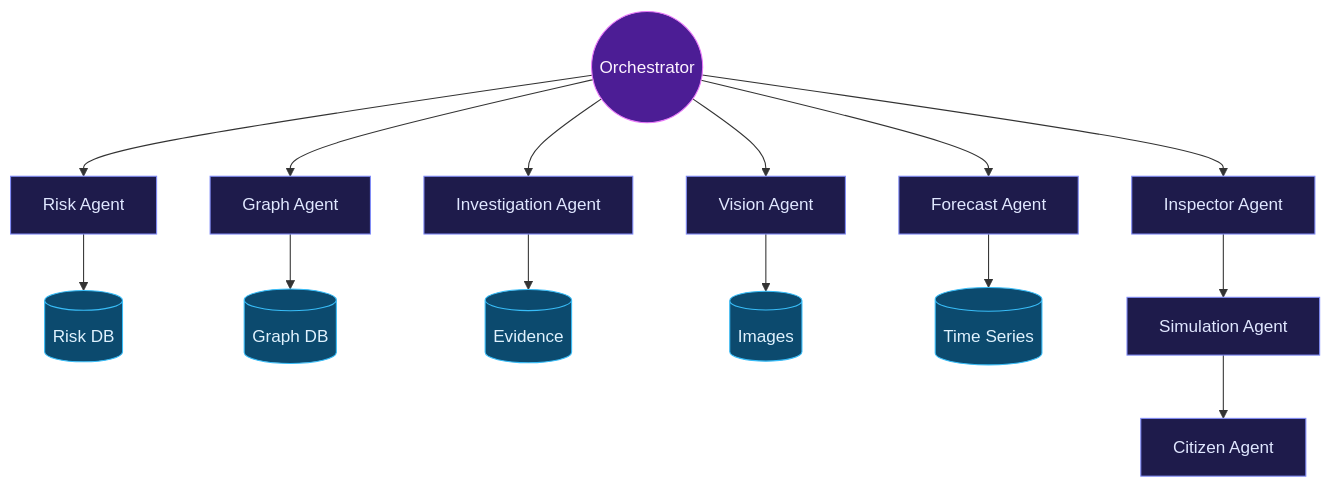
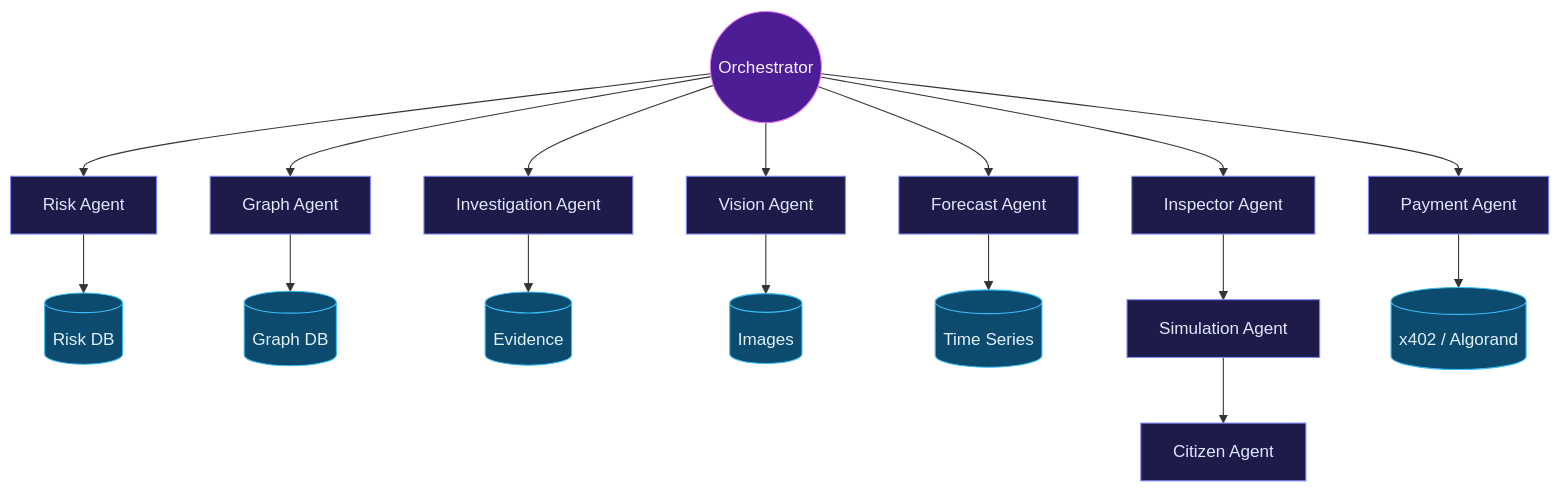
One commit to codeejb/Foodguard changed diagram 11 of 16 in README.md. Above: the diagram before and after it, drawn with Mermaid. The commit also changed other lines of this file, not shown here.

First line of the commit message:
Enhance README with payment and Algorand details

````diff
--- a/README.md
+++ b/README.md
@@ -325,17 +336,18 @@
 ```mermaid
 flowchart TD
     O(("Orchestrator"))
     O --> RA[Risk Agent] --> RDB[(Risk DB)]
     O --> GA[Graph Agent] --> GDB[(Graph DB)]
     O --> IA[Investigation Agent] --> EV[(Evidence)]
     O --> VA[Vision Agent] --> IMG[(Images)]
     O --> FA[Forecast Agent] --> TS[(Time Series)]
     O --> InsA[Inspector Agent] --> SimA[Simulation Agent] --> CitA[Citizen Agent]
+    O --> PayA[Payment Agent] --> X402[(x402 / Algorand)]
 
     classDef orch fill:#4c1d95,stroke:#e879f9,color:#fdf4ff
     classDef agent fill:#1e1b4b,stroke:#818cf8,color:#e0e7ff
     classDef store fill:#0c4a6e,stroke:#38bdf8,color:#e0f2fe
     class O orch
-    class RA,GA,IA,VA,FA,InsA,SimA,CitA agent
-    class RDB,GDB,EV,IMG,TS store
+    class RA,GA,IA,VA,FA,InsA,SimA,CitA,PayA agent
+    class RDB,GDB,EV,IMG,TS,X402 store
 ```
````
